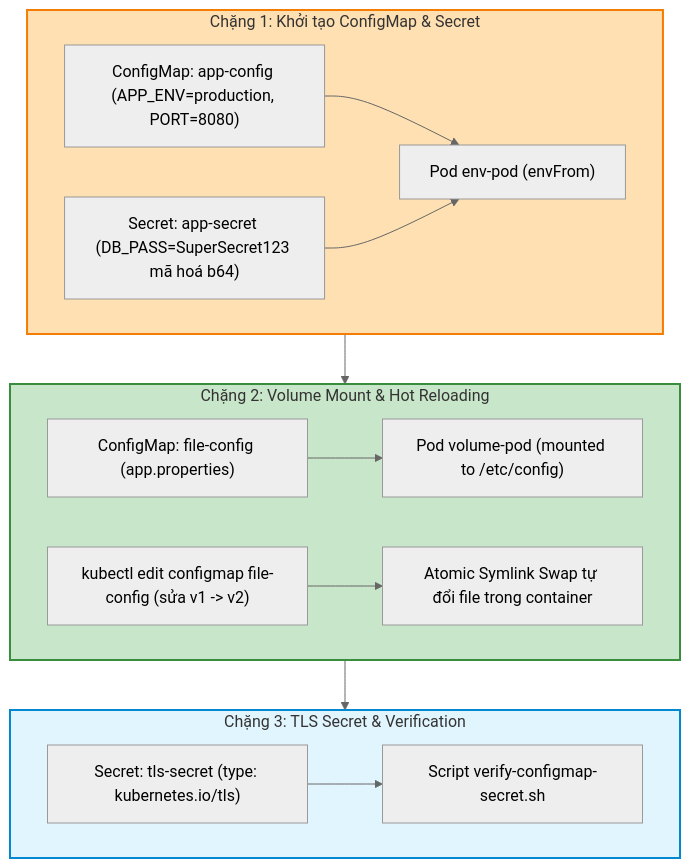
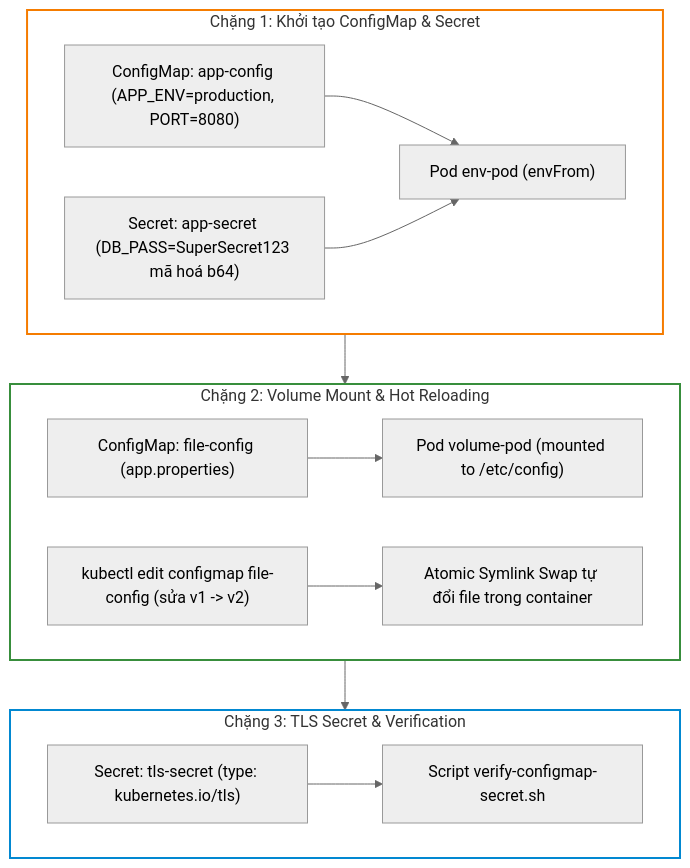
One commit to kiennt308/ntk changed the third of 3 diagrams in _posts/2026-09-12-cka-20-20-cau-hinh-configmap-secret.md. Above: the diagram before and after it, drawn with Mermaid (neutral theme). The commit also changed other lines of this file and 207 other files, not shown here.

Commit message:
feat(posts): batch standardize all 208 posts with TL;DR, qa-card accordion, fill:none mermaid, and liquid raw wrappers

````diff
--- a/_posts/2026-09-12-cka-20-20-cau-hinh-configmap-secret.md
+++ b/_posts/2026-09-12-cka-20-20-cau-hinh-configmap-secret.md
@@ -514,22 +518,22 @@
 ```mermaid
 graph TD
     subgraph Config_Creation ["Chặng 1: Khởi tạo ConfigMap & Secret"]
         CM["ConfigMap: app-config (APP_ENV=production, PORT=8080)"] --> POD_ENV["Pod env-pod (envFrom)"]
         SEC["Secret: app-secret (DB_PASS=SuperSecret123 mã hoá b64)"] --> POD_ENV
     end
 
     subgraph Volume_Mounting ["Chặng 2: Volume Mount & Hot Reloading"]
         CM_VOL["ConfigMap: file-config (app.properties)"] --> POD_VOL["Pod volume-pod (mounted to /etc/config)"]
         EDIT_CM["kubectl edit configmap file-config (sửa v1 -> v2)"] --> HOT_RELOAD["Atomic Symlink Swap tự đổi file trong container"]
     end
 
     subgraph TLS_Setup ["Chặng 3: TLS Secret & Verification"]
         TLS_SEC["Secret: tls-secret (type: kubernetes.io/tls)"] --> VERIFY["Script verify-configmap-secret.sh"]
     end
 
     Config_Creation --> Volume_Mounting --> TLS_Setup
 
-    style Config_Creation fill:#ffe0b2,stroke:#f57c00,stroke-width:2px
-    style Volume_Mounting fill:#c8e6c9,stroke:#388e3c,stroke-width:2px
-    style TLS_Setup fill:#e1f5fe,stroke:#0288d1,stroke-width:2px
+    style Config_Creation fill:none,stroke:#f57c00,stroke-width:2px
+    style Volume_Mounting fill:none,stroke:#388e3c,stroke-width:2px
+    style TLS_Setup fill:none,stroke:#0288d1,stroke-width:2px
 ```
````
